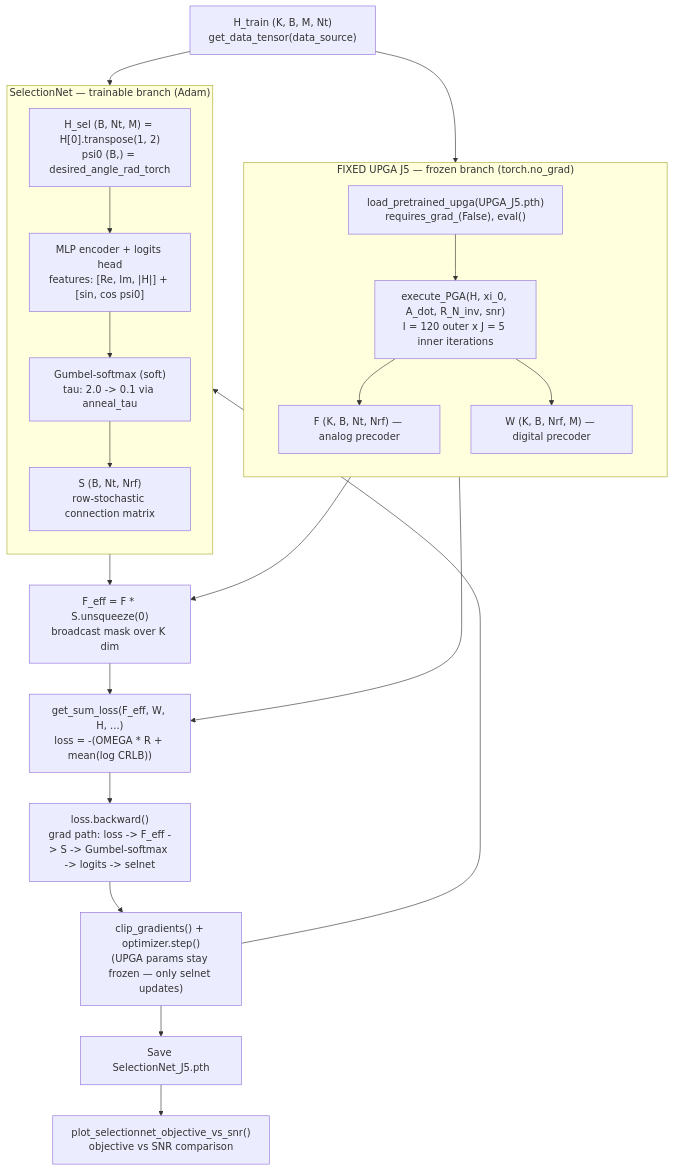
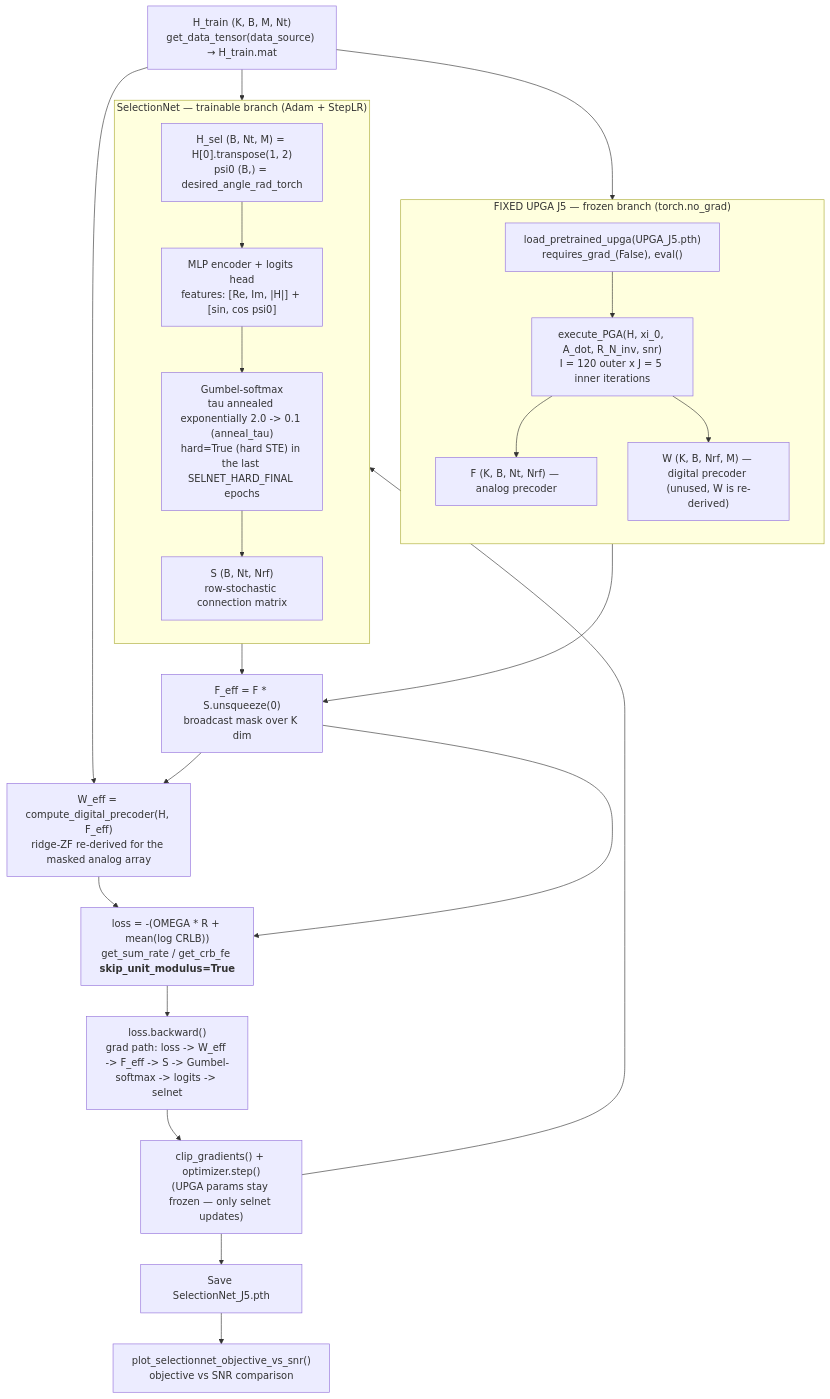
Before and after one commit to SurangaPrasad/hbf_pc_isac: the diagram in SELECTIONNET_TRAINING.md, drawn with Mermaid. The commit also changed other lines of this file, not shown here.

Commit message:
updating the selection net md

````diff
--- a/SELECTIONNET_TRAINING.md
+++ b/SELECTIONNET_TRAINING.md
@@ -22,36 +40,38 @@
 ```mermaid
 flowchart TB
-    DATA["H_train (K, B, M, Nt)<br/>get_data_tensor(data_source)"]
+    DATA["H_train (K, B, M, Nt)<br/>get_data_tensor(data_source) → H_train.mat"]
 
     subgraph UPGA_B["FIXED UPGA J5 — frozen branch (torch.no_grad)"]
         direction TB
         UPR["load_pretrained_upga(UPGA_J5.pth)<br/>requires_grad_(False), eval()"]
         UP["execute_PGA(H, xi_0, A_dot, R_N_inv, snr)<br/>I = 120 outer x J = 5 inner iterations"]
         UPR --> UP
         UP --> FF["F (K, B, Nt, Nrf) — analog precoder"]
-        UP --> WW["W (K, B, Nrf, M) — digital precoder"]
+        UP --> WW["W (K, B, Nrf, M) — digital precoder (unused, W is re-derived)"]
     end
 
-    subgraph SEL_B["SelectionNet — trainable branch (Adam)"]
+    subgraph SEL_B["SelectionNet — trainable branch (Adam + StepLR)"]
         direction TB
         SX["H_sel (B, Nt, M) = H[0].transpose(1, 2)<br/>psi0 (B,) = desired_angle_rad_torch"]
         MLP["MLP encoder + logits head<br/>features: [Re, Im, |H|] + [sin, cos psi0]"]
-        GS["Gumbel-softmax (soft)<br/>tau: 2.0 -> 0.1 via anneal_tau"]
+        GS["Gumbel-softmax<br/>tau annealed exponentially 2.0 -> 0.1 (anneal_tau)<br/>hard=True (hard STE) in the last SELNET_HARD_FINAL epochs"]
         SX --> MLP --> GS --> SS["S (B, Nt, Nrf)<br/>row-stochastic connection matrix"]
     end
 
     DATA --> UPR
     DATA --> SX
 
     FF --> FEFF["F_eff = F * S.unsqueeze(0)<br/>broadcast mask over K dim"]
     SS --> FEFF
-    FEFF --> LOSS["get_sum_loss(F_eff, W, H, ...)<br/>loss = -(OMEGA * R + mean(log CRLB))"]
-    WW --> LOSS
+    DATA --> WEFF["W_eff = compute_digital_precoder(H, F_eff)<br/>ridge-ZF re-derived for the masked analog array"]
+    FEFF --> WEFF
+    WEFF --> LOSS["loss = -(OMEGA * R + mean(log CRLB))<br/>get_sum_rate / get_crb_fe <b>skip_unit_modulus=True</b>"]
+    FEFF --> LOSS
 
-    LOSS --> BP["loss.backward()<br/>grad path: loss -> F_eff -> S -> Gumbel-softmax -> logits -> selnet"]
+    LOSS --> BP["loss.backward()<br/>grad path: loss -> W_eff -> F_eff -> S -> Gumbel-softmax -> logits -> selnet"]
     BP --> OPT["clip_gradients() + optimizer.step()<br/>(UPGA params stay frozen — only selnet updates)"]
     OPT --> MLP
 
     OPT --> SAVE["Save SelectionNet_J5.pth"]
     SAVE --> EVAL["plot_selectionnet_objective_vs_snr()<br/>objective vs SNR comparison"]
 ```
````
